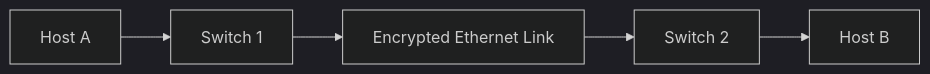
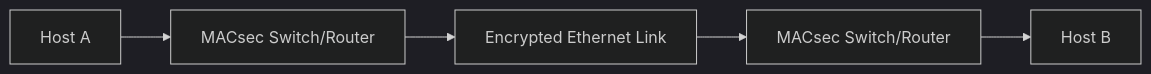
The first of 3 diagrams in docs/macsec/index.md (GroudonRamsay/AdvancedTunnellingLabs), drawn with Mermaid (dark theme) before and after one commit. The commit also changed other lines of this file, not shown here.

Commit message:
Added early version of MACsec guide

````diff
--- a/docs/macsec/index.md
+++ b/docs/macsec/index.md
@@ -40,7 +37,7 @@
 ```mermaid
 graph LR
-    A[Host A] --> B[Switch 1]
+    A[Host A] --> B[MACsec Switch/Router]
     B --> C[Encrypted Ethernet Link]
-    C --> D[Switch 2]
+    C --> D[MACsec Switch/Router]
     D --> E[Host B]
 ```
````
